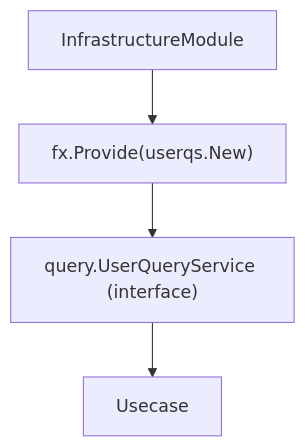
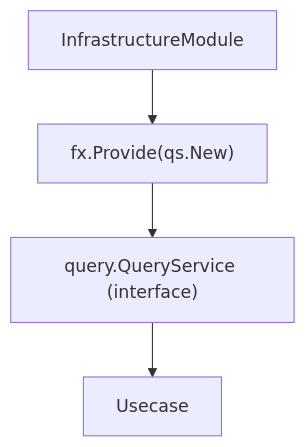
One commit to Tomy-ch/go-boilerplate changed the fifth of 6 diagrams in internal/infrastructure/rdb/query_service/README.md. Above: the diagram before and after it, drawn with Mermaid. The commit also changed other lines of this file and 114 other files, not shown here.

````diff
--- a/internal/infrastructure/rdb/query_service/README.md
+++ b/internal/infrastructure/rdb/query_service/README.md
@@ -301,9 +301,9 @@
 ```mermaid
 flowchart TB
     Module["InfrastructureModule"]
-    Provide["fx.Provide(userqs.New)"]
-    IF["query.UserQueryService (interface)"]
+    Provide["fx.Provide(<aggregate>qs.New)"]
+    IF["query.<Aggregate>QueryService (interface)"]
     Usecase["Usecase"]
 
     Module --> Provide --> IF --> Usecase
 ```
````
